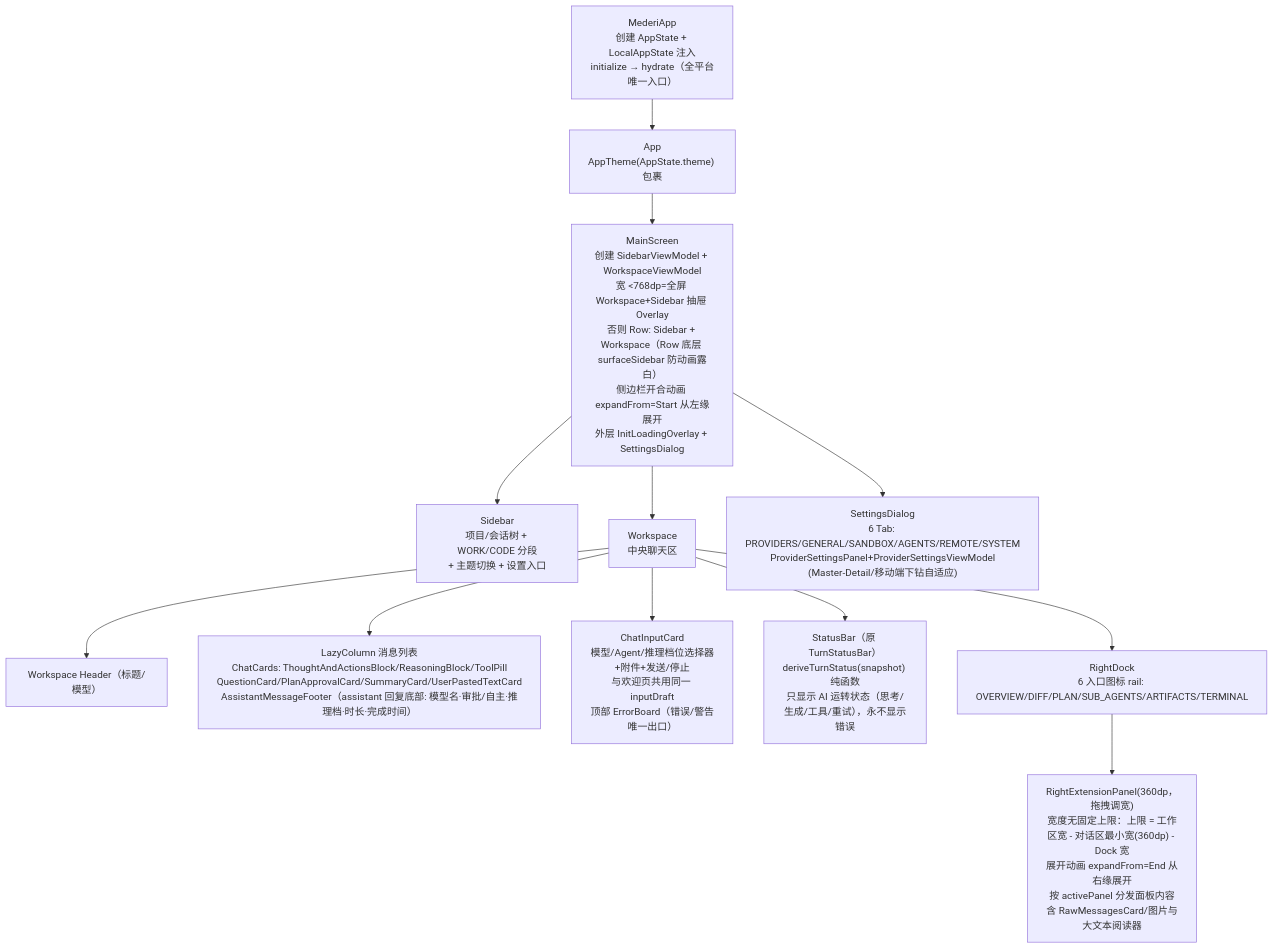
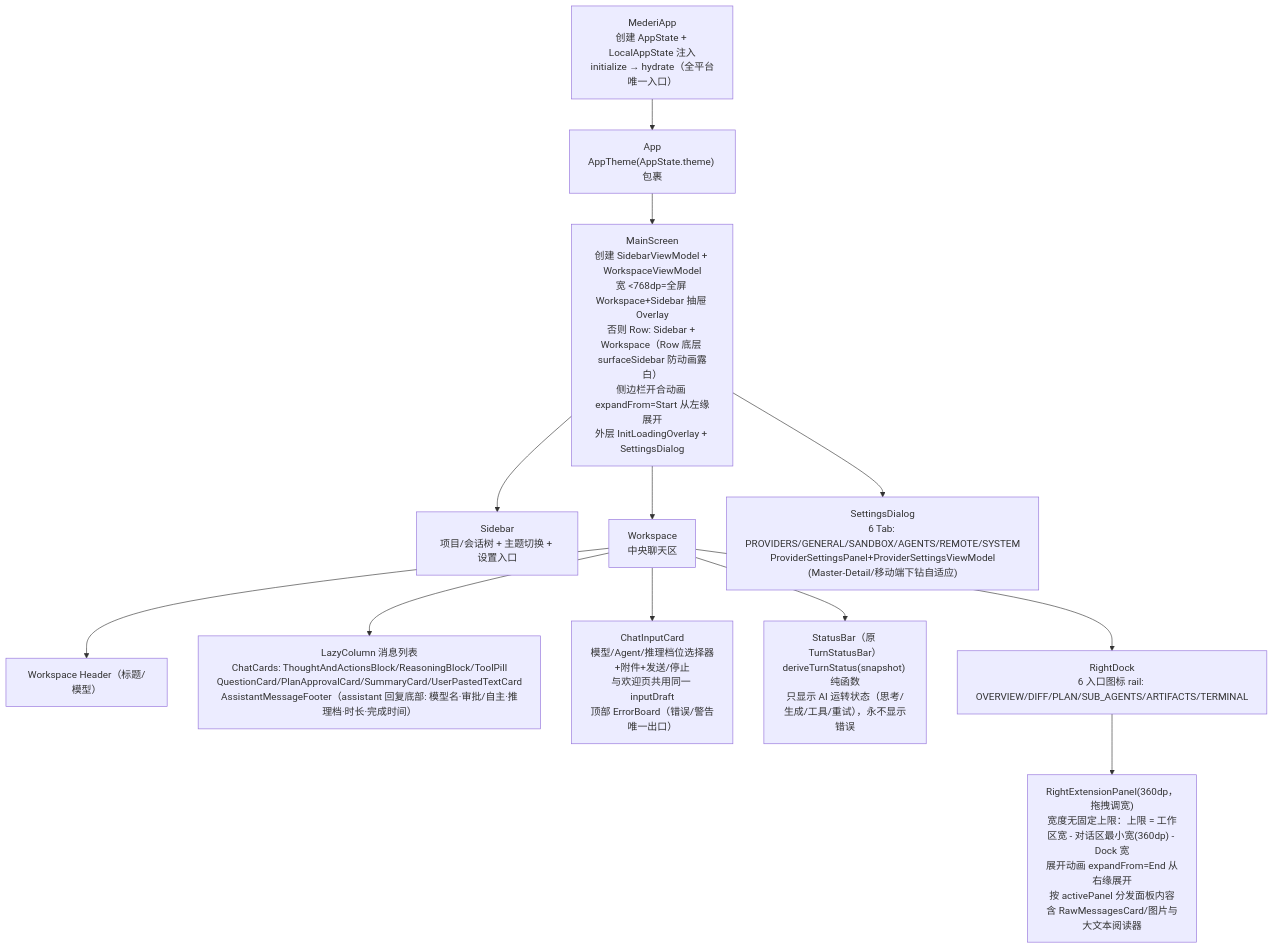
Before and after one commit to lzdev42/mederi: the third of 4 diagrams in mederi/docs/architecture/02-app-shared.md, drawn with Mermaid. The commit also changed other lines of this file and 62 other files, not shown here.

````diff
--- a/mederi/docs/architecture/02-app-shared.md
+++ b/mederi/docs/architecture/02-app-shared.md
@@ -344,24 +344,24 @@
 ```mermaid
 flowchart TD
     MA["MederiApp<br/>创建 AppState + LocalAppState 注入<br/>initialize → hydrate（全平台唯一入口）"]
     APP["App<br/>AppTheme(AppState.theme) 包裹"]
     MS["MainScreen<br/>创建 SidebarViewModel + WorkspaceViewModel<br/>宽 <768dp=全屏 Workspace+Sidebar 抽屉 Overlay<br/>否则 Row: Sidebar + Workspace（Row 底层 surfaceSidebar 防动画露白）<br/>侧边栏开合动画 expandFrom=Start 从左缘展开<br/>外层 InitLoadingOverlay + SettingsDialog"]
-    SB["Sidebar<br/>项目/会话树 + WORK/CODE 分段<br/>+ 主题切换 + 设置入口"]
+    SB["Sidebar<br/>项目/会话树 + 主题切换 + 设置入口"]
     WS["Workspace<br/>中央聊天区"]
     HDR["Workspace Header（标题/模型）"]
     LIST["LazyColumn 消息列表<br/>ChatCards: ThoughtAndActionsBlock/ReasoningBlock/ToolPill<br/>QuestionCard/PlanApprovalCard/SummaryCard/UserPastedTextCard<br/>AssistantMessageFooter（assistant 回复底部: 模型名·审批/自主·推理档·时长·完成时间）"]
     INPUT["ChatInputCard<br/>模型/Agent/推理档位选择器+附件+发送/停止<br/>与欢迎页共用同一 inputDraft<br/>顶部 ErrorBoard（错误/警告唯一出口）"]
     SBAR["StatusBar（原 TurnStatusBar）<br/>deriveTurnStatus(snapshot) 纯函数<br/>只显示 AI 运转状态（思考/生成/工具/重试），永不显示错误"]
     DOCK["RightDock<br/>6 入口图标 rail: OVERVIEW/DIFF/PLAN/SUB_AGENTS/ARTIFACTS/TERMINAL"]
     REP["RightExtensionPanel(360dp，拖拽调宽)<br/>宽度无固定上限：上限 = 工作区宽 - 对话区最小宽(360dp) - Dock 宽<br/>展开动画 expandFrom=End 从右缘展开<br/>按 activePanel 分发面板内容<br/>含 RawMessagesCard/图片与大文本阅读器"]
     SD["SettingsDialog<br/>6 Tab: PROVIDERS/GENERAL/SANDBOX/AGENTS/REMOTE/SYSTEM<br/>ProviderSettingsPanel+ProviderSettingsViewModel<br/>(Master-Detail/移动端下钻自适应)"]
     MA --> APP --> MS
     MS --> SB
     MS --> WS
     WS --> HDR
     WS --> LIST
     WS --> INPUT
     WS --> SBAR
     WS --> DOCK --> REP
     MS --> SD
 ```
````
